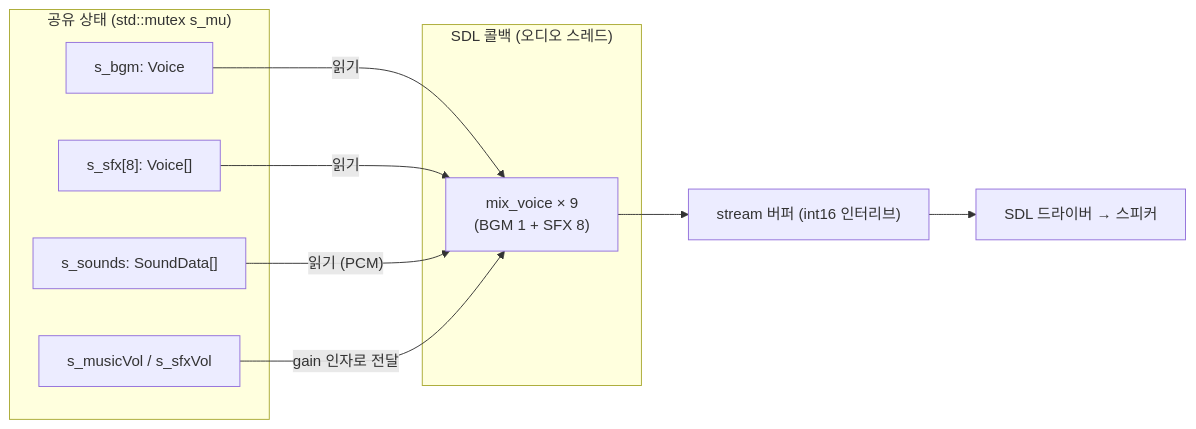
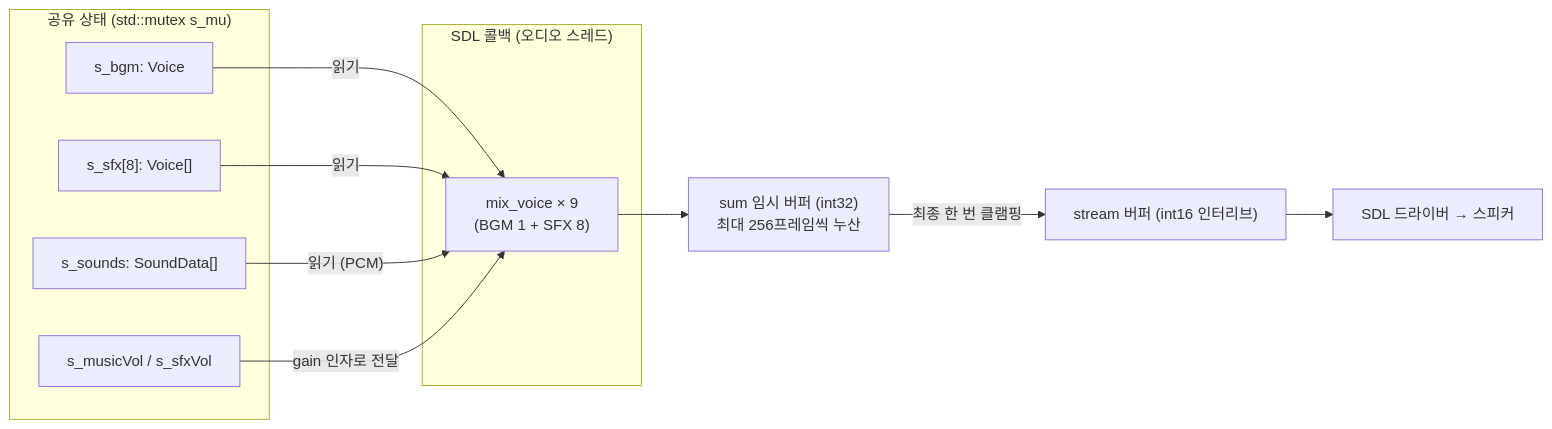
Before and after one commit to Rein-ArXiv/Tetris-Multiplayer-RL: the sixth of 7 diagrams in docs/blog/part5-audio.md, drawn with Mermaid. The commit also changed other lines of this file and 51035 other files, not shown here.

````diff
--- a/docs/blog/part5-audio.md
+++ b/docs/blog/part5-audio.md
@@ -1278,20 +1320,21 @@
 ```mermaid
 graph LR
     subgraph "SDL 콜백 (오디오 스레드)"
         MIX["mix_voice × 9<br/>(BGM 1 + SFX 8)"]
     end
 
     subgraph "공유 상태 (std::mutex s_mu)"
         BGM["s_bgm: Voice"]
         SFX["s_sfx[8]: Voice[]"]
         SOUNDS["s_sounds: SoundData[]"]
         VOL["s_musicVol / s_sfxVol"]
     end
 
     BGM -- "읽기" --> MIX
     SFX -- "읽기" --> MIX
     SOUNDS -- "읽기 (PCM)" --> MIX
     VOL -- "gain 인자로 전달" --> MIX
-    MIX --> OUT["stream 버퍼 (int16 인터리브)"]
+    MIX --> SUM["sum 임시 버퍼 (int32)<br/>최대 256프레임씩 누산"]
+    SUM -->|"최종 한 번 클램핑"| OUT["stream 버퍼 (int16 인터리브)"]
     OUT --> DRV["SDL 드라이버 → 스피커"]
 ```
````
